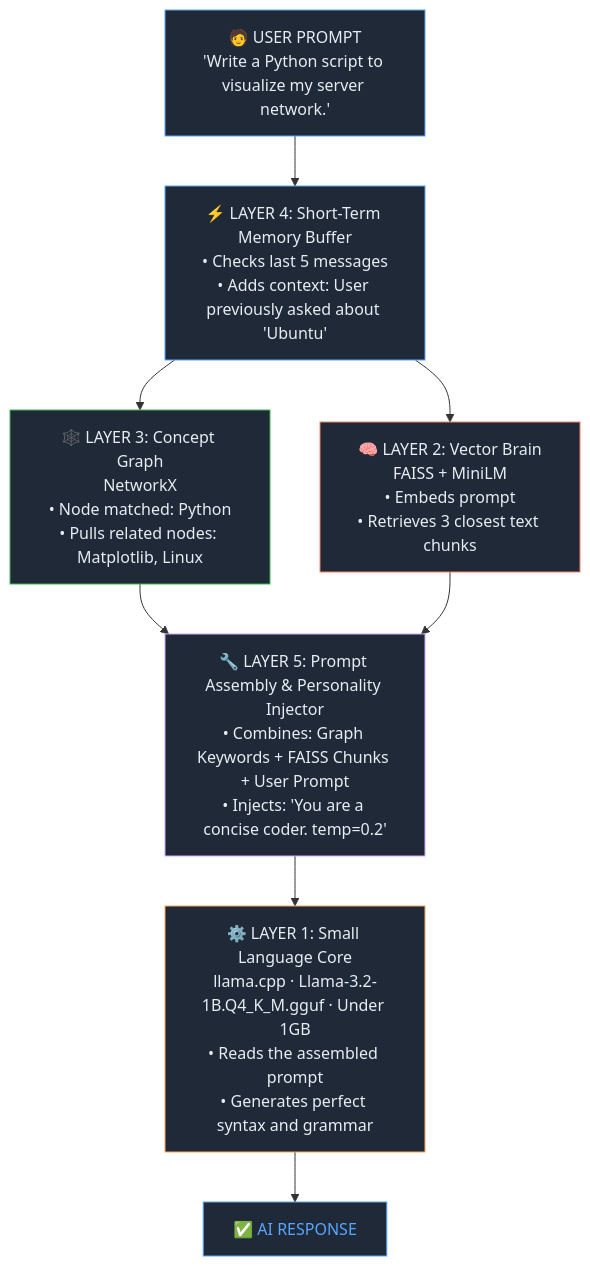
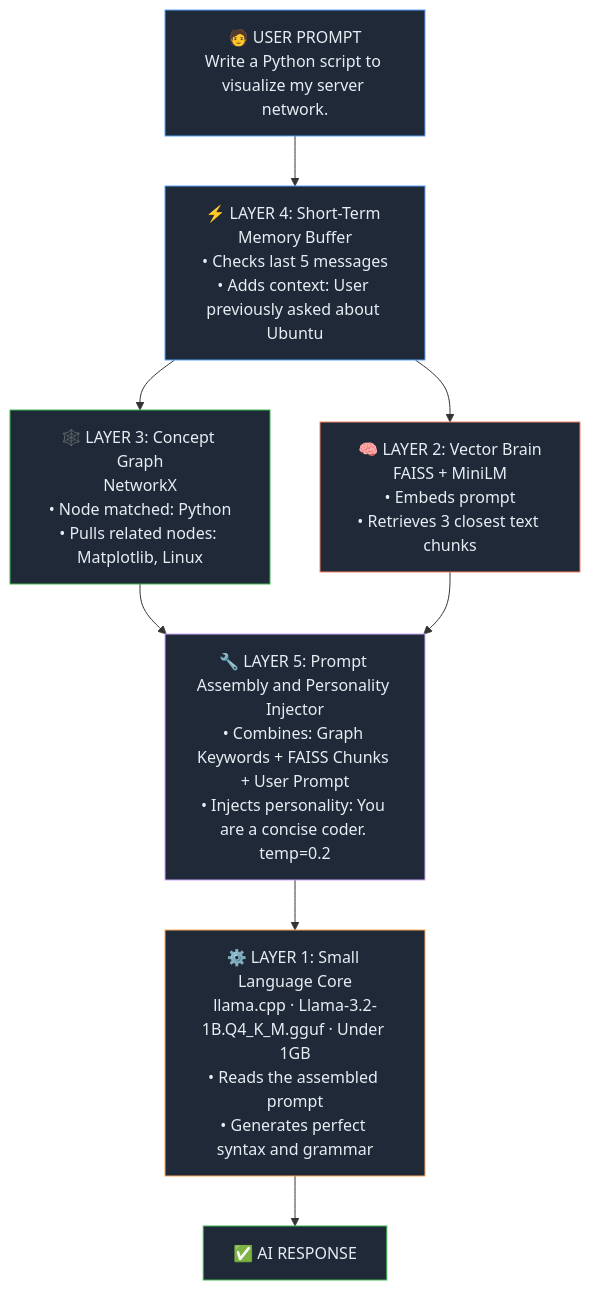
The diagram in README.md (ItzSiden/Compositional-Artificial-Intelligence), drawn with Mermaid before and after one commit.

````diff
--- a/README.md
+++ b/README.md
@@ -15,32 +15,26 @@
 ```mermaid
 flowchart TD
-    A["🧑 USER PROMPT\n'Write a Python script to visualize my server network.'"]
-    
-    A --> B
+    A["🧑 USER PROMPT<br/>Write a Python script to visualize my server network."]
 
-    B["⚡ LAYER 4: Short-Term Memory Buffer\n• Checks last 5 messages\n• Adds context: User previously asked about 'Ubuntu'"]
+    A --> B["⚡ LAYER 4: Short-Term Memory Buffer<br/>• Checks last 5 messages<br/>• Adds context: User previously asked about Ubuntu"]
 
     B --> C & D
 
-    C["🕸️ LAYER 3: Concept Graph\nNetworkX\n• Node matched: Python\n• Pulls related nodes: Matplotlib, Linux"]
+    C["🕸️ LAYER 3: Concept Graph<br/>NetworkX<br/>• Node matched: Python<br/>• Pulls related nodes: Matplotlib, Linux"]
 
-    D["🧠 LAYER 2: Vector Brain\nFAISS + MiniLM\n• Embeds prompt\n• Retrieves 3 closest text chunks"]
+    D["🧠 LAYER 2: Vector Brain<br/>FAISS + MiniLM<br/>• Embeds prompt<br/>• Retrieves 3 closest text chunks"]
 
-    C & D --> E
+    C & D --> E["🔧 LAYER 5: Prompt Assembly and Personality Injector<br/>• Combines: Graph Keywords + FAISS Chunks + User Prompt<br/>• Injects personality: You are a concise coder. temp=0.2"]
 
-    E["🔧 LAYER 5: Prompt Assembly & Personality Injector\n• Combines: Graph Keywords + FAISS Chunks + User Prompt\n• Injects: 'You are a concise coder. temp=0.2'"]
-
-    E --> F
-
-    F["⚙️ LAYER 1: Small Language Core\nllama.cpp · Llama-3.2-1B.Q4_K_M.gguf · Under 1GB\n• Reads the assembled prompt\n• Generates perfect syntax and grammar"]
+    E --> F["⚙️ LAYER 1: Small Language Core<br/>llama.cpp · Llama-3.2-1B.Q4_K_M.gguf · Under 1GB<br/>• Reads the assembled prompt<br/>• Generates perfect syntax and grammar"]
 
     F --> G["✅ AI RESPONSE"]
 
     style A fill:#1f2937,stroke:#58a6ff,color:#e6edf3
     style B fill:#1f2937,stroke:#58a6ff,color:#e6edf3
     style C fill:#1f2937,stroke:#3fb950,color:#e6edf3
     style D fill:#1f2937,stroke:#f78166,color:#e6edf3
     style E fill:#1f2937,stroke:#d2a8ff,color:#e6edf3
     style F fill:#1f2937,stroke:#ffa657,color:#e6edf3
-    style G fill:#1f2937,stroke:#58a6ff,color:#58a6ff
+    style G fill:#1f2937,stroke:#3fb950,color:#e6edf3
 ```
````
